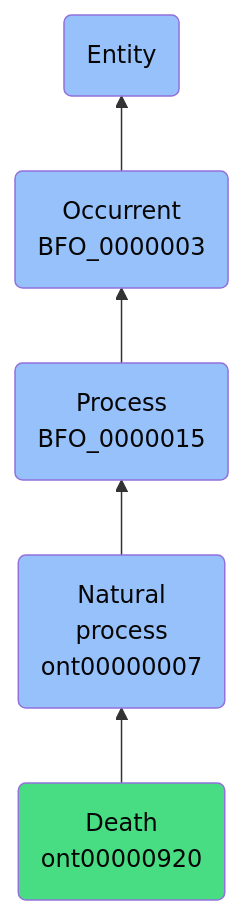
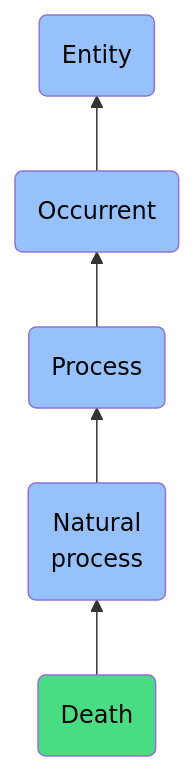
One commit to jupyter-naas/abi changed the diagram in docs/ontology/reference/model/Entity/Occurrent/Process/Natural process/Death/Death.md. Above: the diagram before and after it, drawn with Mermaid. The commit also changed other lines of this file and 1430 other files, not shown here.

````diff
--- a/docs/ontology/reference/model/Entity/Occurrent/Process/Natural process/Death/Death.md
+++ b/docs/ontology/reference/model/Entity/Occurrent/Process/Natural process/Death/Death.md
@@ -24,12 +24,12 @@
 ```mermaid
 graph BT
-    ont00000920(Death<br>ont00000920):::ABI-->ont00000007
-    ont00000007(Natural<br>process<br>ont00000007):::BFO-->BFO_0000015
-    BFO_0000015(Process<br>BFO_0000015):::BFO-->BFO_0000003
-    BFO_0000003(Occurrent<br>BFO_0000003):::BFO-->BFO_0000001
+    ont00000920(Death):::ABI-->ont00000007
+    ont00000007(Natural<br>process):::BFO-->BFO_0000015
+    BFO_0000015(Process):::BFO-->BFO_0000003
+    BFO_0000003(Occurrent):::BFO-->BFO_0000001
     BFO_0000001(Entity):::BFO
     
     classDef BFO fill:#97c1fb,color:#060606
     classDef CCO fill:#e4c51e,color:#060606
     classDef ABI fill:#48DD82,color:#060606
 ```
````
